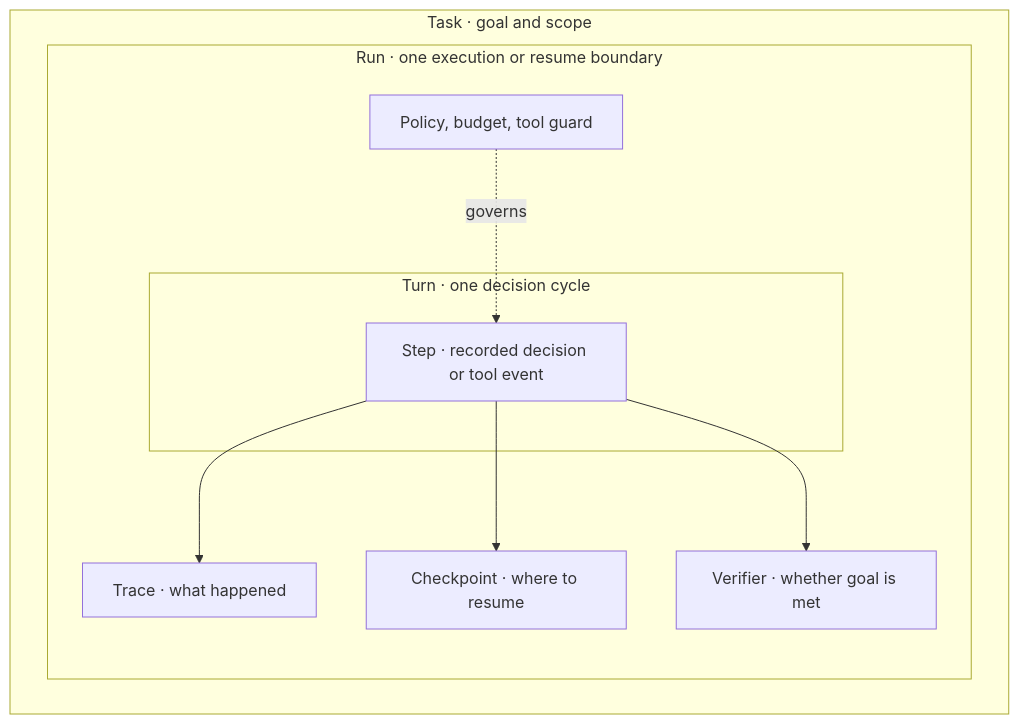
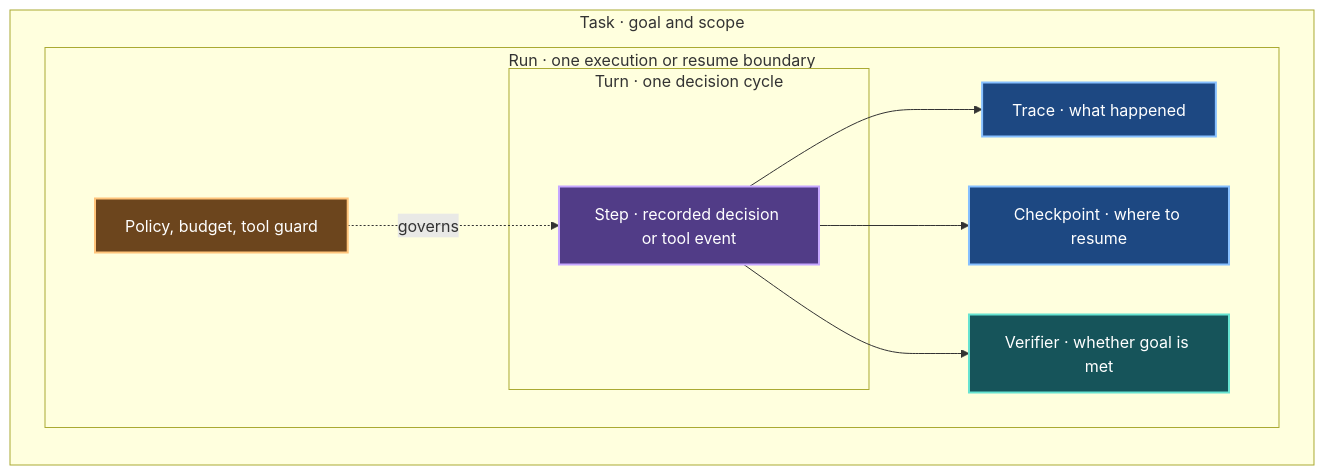
The diagram in docs/assets/concepts/harness.mmd (braventechcn/Agent_System), drawn with Mermaid before and after one commit. The commit also changed 14 other files, not shown here.

Commit message:
Render colored concept diagrams from Mermaid sources

```diff
--- a/docs/assets/concepts/harness.mmd
+++ b/docs/assets/concepts/harness.mmd
@@ -1,16 +1,24 @@
-flowchart TB
+flowchart LR
     subgraph Task["Task · goal and scope"]
         subgraph Run["Run · one execution or resume boundary"]
+            Guard["Policy, budget, tool guard"]
             subgraph Turn["Turn · one decision cycle"]
                 Step["Step · recorded decision or tool event"]
             end
-            Guard["Policy, budget, tool guard"]
             Trace["Trace · what happened"]
             Checkpoint["Checkpoint · where to resume"]
             Verify["Verifier · whether goal is met"]
         end
     end
     Guard -. governs .-> Step
     Step --> Trace
     Step --> Checkpoint
     Step --> Verify
+    classDef guard fill:#6c451d,stroke:#ffc47b,color:#ffffff,stroke-width:2px
+    classDef step fill:#513c87,stroke:#c6a7ff,color:#ffffff,stroke-width:2px
+    classDef record fill:#1d4882,stroke:#87c0ff,color:#ffffff,stroke-width:2px
+    classDef verify fill:#16545a,stroke:#67e3d1,color:#ffffff,stroke-width:2px
+    class Guard guard
+    class Step step
+    class Trace,Checkpoint record
+    class Verify verify
```
